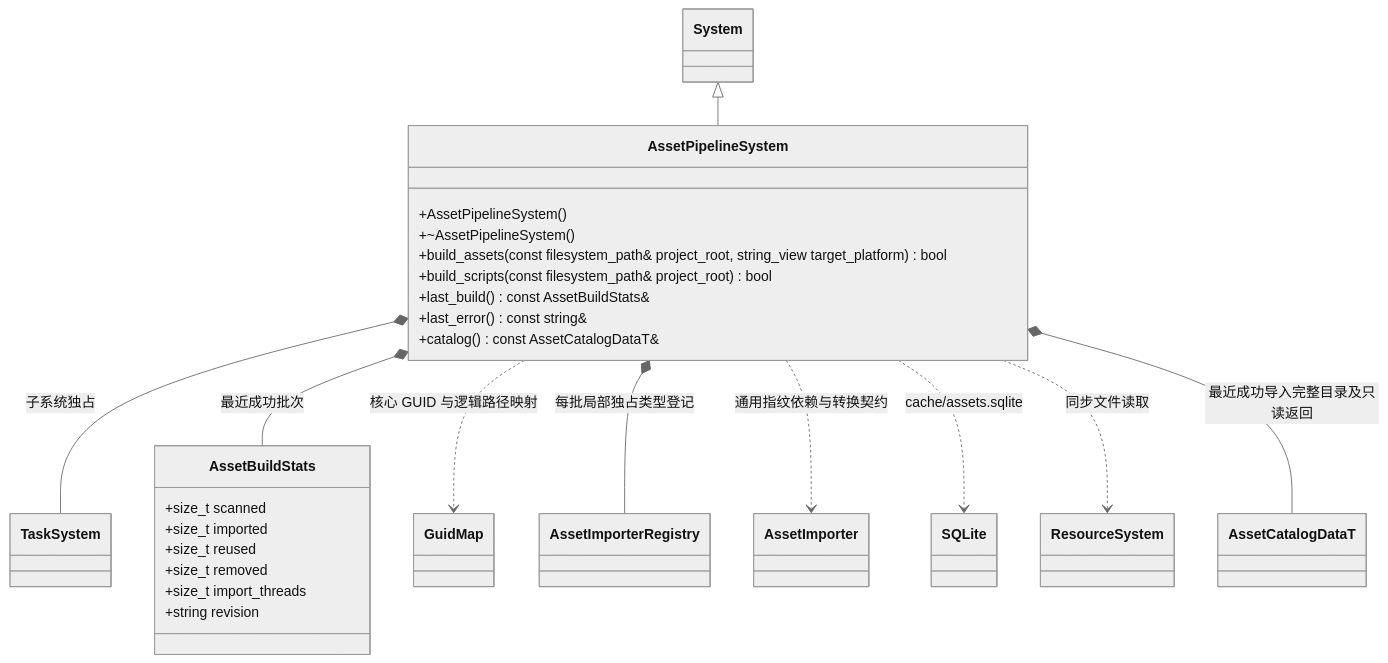
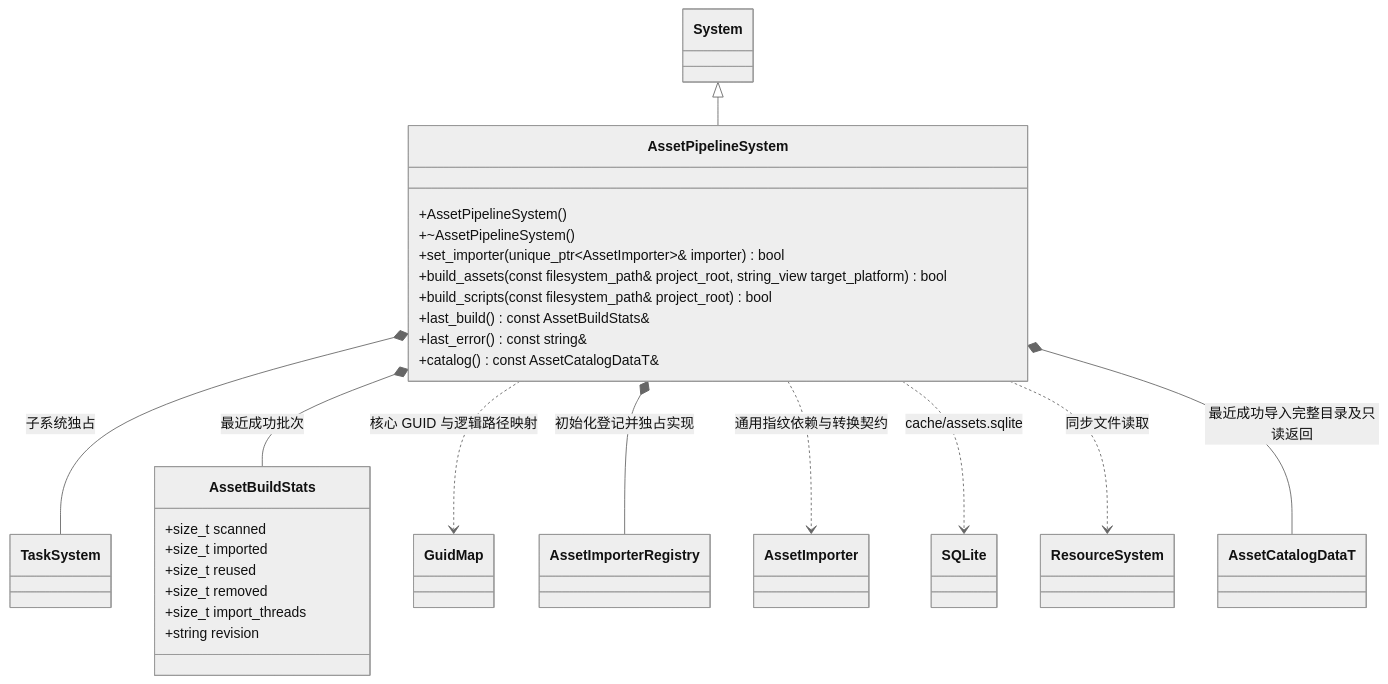
One commit to lcals/Engine changed the diagram in docs/editor/class-diagrams/asset-pipeline-system.md. Above: the diagram before and after it, drawn with Mermaid (neutral theme). The commit also changed other lines of this file and 199 other files, not shown here.

````diff
--- a/docs/editor/class-diagrams/asset-pipeline-system.md
+++ b/docs/editor/class-diagrams/asset-pipeline-system.md
@@ -7,37 +7,38 @@
 ```mermaid
 classDiagram
     class System
     class AssetPipelineSystem {
         +AssetPipelineSystem()
         +~AssetPipelineSystem()
+        +set_importer(unique_ptr~AssetImporter~& importer) bool
         +build_assets(const filesystem_path& project_root, string_view target_platform) bool
         +build_scripts(const filesystem_path& project_root) bool
         +last_build() const AssetBuildStats&
         +last_error() const string&
         +catalog() const AssetCatalogDataT&
     }
     class AssetBuildStats {
         +size_t scanned
         +size_t imported
         +size_t reused
         +size_t removed
         +size_t import_threads
         +string revision
     }
     class TaskSystem
     class GuidMap
     class AssetImporterRegistry
     class AssetImporter
     class SQLite
     class ResourceSystem
     class AssetCatalogDataT
     System <|-- AssetPipelineSystem
     AssetPipelineSystem *-- TaskSystem : 子系统独占
     AssetPipelineSystem *-- AssetBuildStats : 最近成功批次
     AssetPipelineSystem ..> GuidMap : 核心 GUID 与逻辑路径映射
-    AssetPipelineSystem *-- AssetImporterRegistry : 每批局部独占类型登记
+    AssetPipelineSystem *-- AssetImporterRegistry : 初始化登记并独占实现
     AssetPipelineSystem ..> AssetImporter : 通用指纹依赖与转换契约
     AssetPipelineSystem ..> SQLite : cache/assets.sqlite
     AssetPipelineSystem ..> ResourceSystem : 同步文件读取
     AssetPipelineSystem *-- AssetCatalogDataT : 最近成功导入完整目录及只读返回
 ```
````
